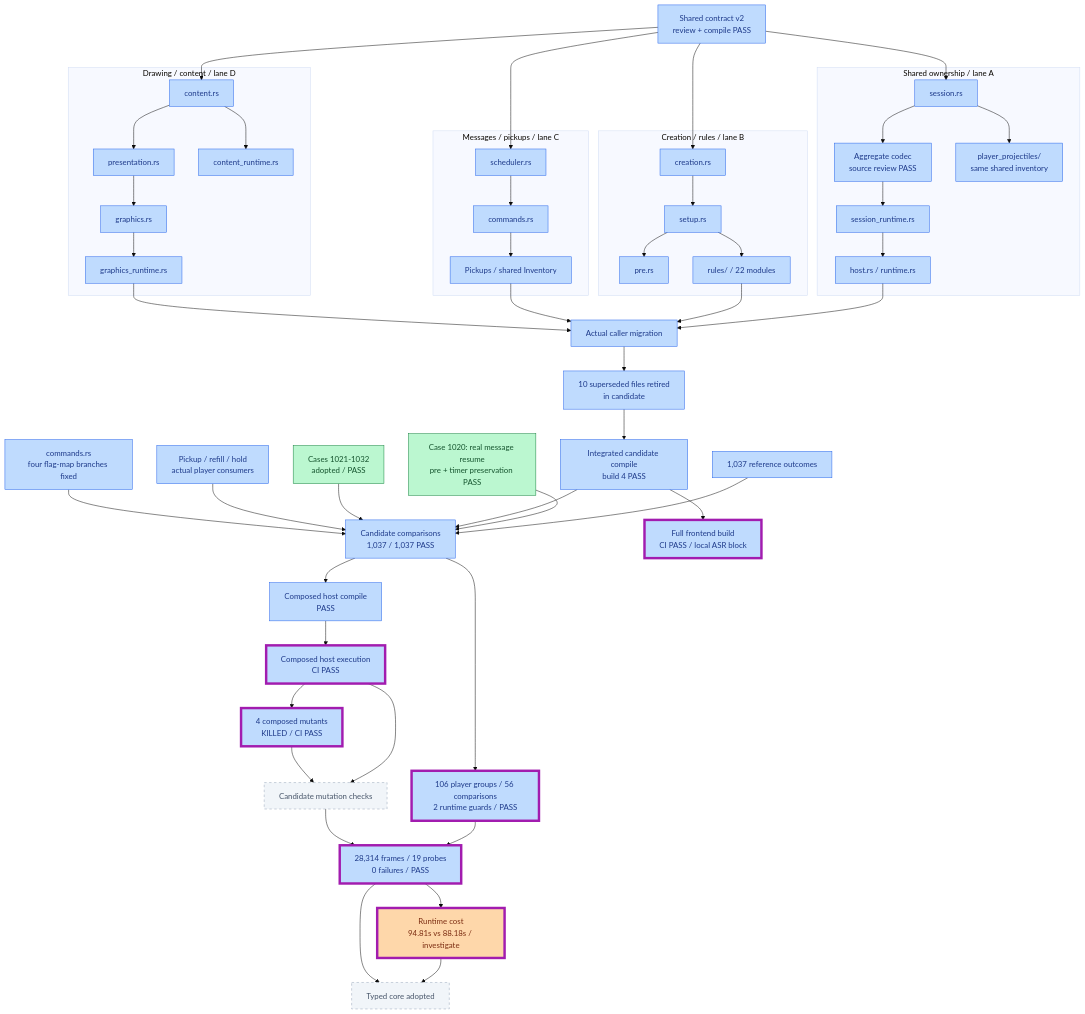
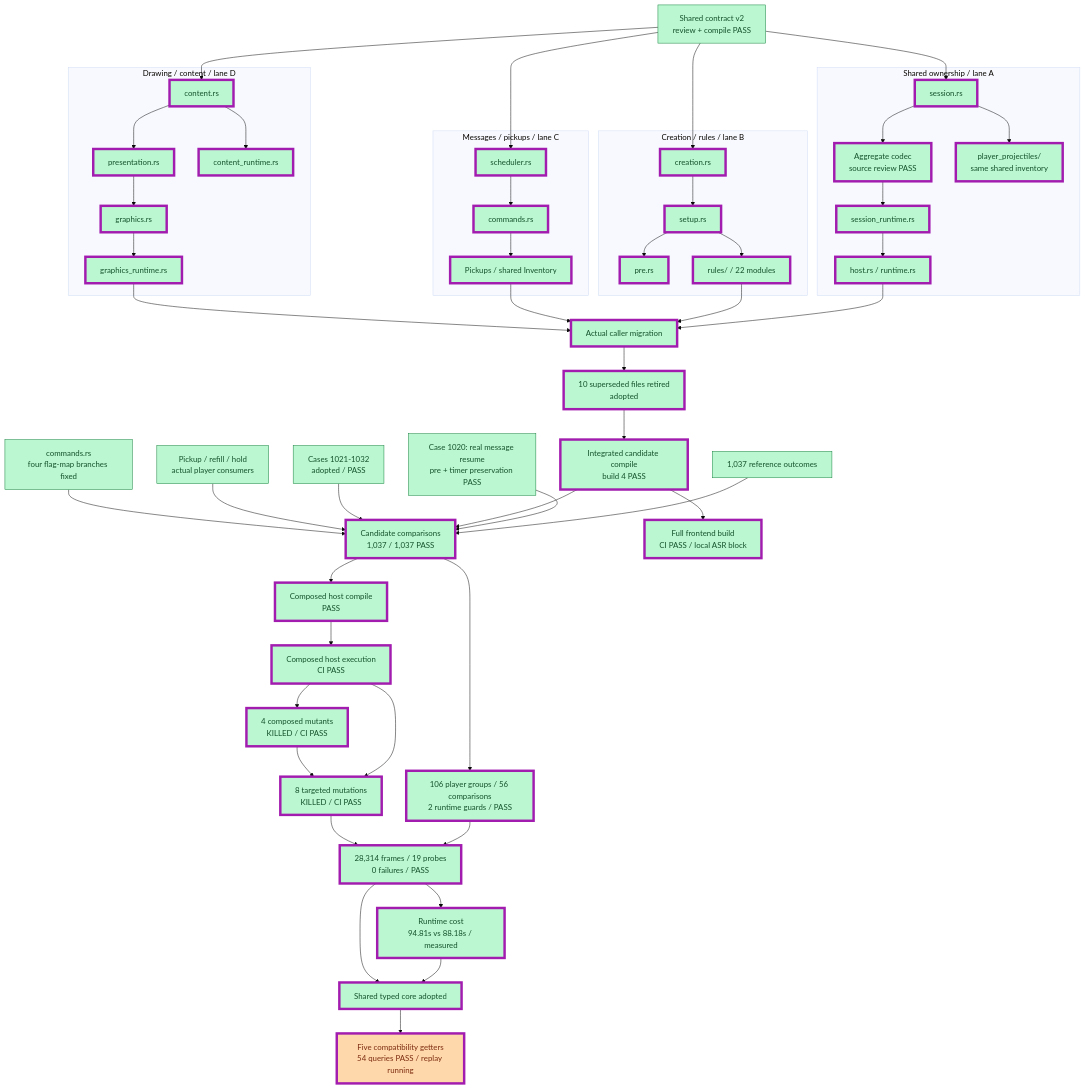
The first of 9 diagrams in PROGRESS.md (JimLundin/sm-decomp), drawn with Mermaid (base theme) before and after one commit. The commit also changed other lines of this file and 88 other files, not shown here.

Commit message:
Adopt shared room and player Session; 1037 comparisons and eight mutations pass

````diff
--- a/PROGRESS.md
+++ b/PROGRESS.md
@@ -12,60 +12,61 @@
 ```mermaid
 flowchart TB
-    CONTRACT["Shared contract v2<br/>review + compile PASS"]:::checked
+    CONTRACT["Shared contract v2<br/>review + compile PASS"]:::done
     subgraph shared["Shared ownership / lane A"]
-        S["session.rs"]:::checked --> CODEC["Aggregate codec<br/>source review PASS"]:::checked
-        S --> PLAYER["player_projectiles/<br/>same shared inventory"]:::checked
-        CODEC --> RT["session_runtime.rs"]:::checked
-        RT --> HOST["host.rs / runtime.rs"]:::checked
+        S["session.rs"]:::done --> CODEC["Aggregate codec<br/>source review PASS"]:::done
+        S --> PLAYER["player_projectiles/<br/>same shared inventory"]:::done
+        CODEC --> RT["session_runtime.rs"]:::done
+        RT --> HOST["host.rs / runtime.rs"]:::done
     end
     subgraph creation["Creation / rules / lane B"]
-        CREATE["creation.rs"]:::checked --> SETUP["setup.rs"]:::checked
-        SETUP --> PRE["pre.rs"]:::checked
-        SETUP --> RULES["rules/ / 22 modules"]:::checked
+        CREATE["creation.rs"]:::done --> SETUP["setup.rs"]:::done
+        SETUP --> PRE["pre.rs"]:::done
+        SETUP --> RULES["rules/ / 22 modules"]:::done
     end
     subgraph execution["Messages / pickups / lane C"]
-        SCHED["scheduler.rs"]:::checked --> CMD["commands.rs"]:::checked
-        CMD --> PICKUP["Pickups / shared Inventory"]:::checked
+        SCHED["scheduler.rs"]:::done --> CMD["commands.rs"]:::done
+        CMD --> PICKUP["Pickups / shared Inventory"]:::done
     end
     subgraph drawing["Drawing / content / lane D"]
-        DRAW["presentation.rs"]:::checked --> GRAPHICS["graphics.rs"]:::checked
-        CONTENT["content.rs"]:::checked --> DRAW
-        CONTENT --> CR["content_runtime.rs"]:::checked
-        GRAPHICS --> GR["graphics_runtime.rs"]:::checked
+        DRAW["presentation.rs"]:::done --> GRAPHICS["graphics.rs"]:::done
+        CONTENT["content.rs"]:::done --> DRAW
+        CONTENT --> CR["content_runtime.rs"]:::done
+        GRAPHICS --> GR["graphics_runtime.rs"]:::done
     end
     CONTRACT --> S
     CONTRACT --> CREATE
     CONTRACT --> SCHED
     CONTRACT --> CONTENT
-    HOST --> CALLERS["Actual caller migration"]:::checked
+    HOST --> CALLERS["Actual caller migration"]:::done
     RULES --> CALLERS
     PICKUP --> CALLERS
     GR --> CALLERS
-    CALLERS --> DELETE["10 superseded files retired<br/>in candidate"]:::checked
-    BASE["1,037 reference outcomes"]:::checked --> COMPARE["Candidate comparisons<br/>1,037 / 1,037 PASS"]:::checked
+    CALLERS --> DELETE["10 superseded files retired<br/>adopted"]:::done
+    BASE["1,037 reference outcomes"]:::done --> COMPARE["Candidate comparisons<br/>1,037 / 1,037 PASS"]:::done
     RESUME["Case 1020: real message resume<br/>pre + timer preservation PASS"]:::done --> COMPARE
-    DELETE --> BUILD["Integrated candidate compile<br/>build 4 PASS"]:::checked
+    DELETE --> BUILD["Integrated candidate compile<br/>build 4 PASS"]:::done
     BUILD --> COMPARE
     GAP["Cases 1021-1032<br/>adopted / PASS"]:::done --> COMPARE
-    SHAREDTEST["Pickup / refill / hold<br/>actual player consumers"]:::checked --> COMPARE
-    FLAGS["commands.rs<br/>four flag-map branches fixed"]:::checked --> COMPARE
-    COMPARE --> REG["106 player groups / 56 comparisons<br/>2 runtime guards / PASS"]:::checked
-    COMPARE --> HC["Composed host compile<br/>PASS"]:::checked
-    HC --> HE["Composed host execution<br/>CI PASS"]:::checked
-    HE --> MUT["Candidate mutation checks"]:::pending
-    HE --> CM["4 composed mutants<br/>KILLED / CI PASS"]:::checked
+    SHAREDTEST["Pickup / refill / hold<br/>actual player consumers"]:::done --> COMPARE
+    FLAGS["commands.rs<br/>four flag-map branches fixed"]:::done --> COMPARE
+    COMPARE --> REG["106 player groups / 56 comparisons<br/>2 runtime guards / PASS"]:::done
+    COMPARE --> HC["Composed host compile<br/>PASS"]:::done
+    HC --> HE["Composed host execution<br/>CI PASS"]:::done
+    HE --> MUT["8 targeted mutations<br/>KILLED / CI PASS"]:::done
+    HE --> CM["4 composed mutants<br/>KILLED / CI PASS"]:::done
     CM --> MUT
-    BUILD --> FRONT["Full frontend build<br/>CI PASS / local ASR block"]:::checked
-    REG --> MOVIE["28,314 frames / 19 probes<br/>0 failures / PASS"]:::checked
+    BUILD --> FRONT["Full frontend build<br/>CI PASS / local ASR block"]:::done
+    REG --> MOVIE["28,314 frames / 19 probes<br/>0 failures / PASS"]:::done
     MUT --> MOVIE
-    MOVIE --> PERF["Runtime cost<br/>94.81s vs 88.18s / investigate"]:::active
+    MOVIE --> PERF["Runtime cost<br/>94.81s vs 88.18s / measured"]:::done
     PERF --> ADOPT
-    MOVIE --> ADOPT["Typed core adopted"]:::pending
-    class REG,HE,MOVIE,PERF,CM,FRONT changed
+    MOVIE --> ADOPT["Shared typed core adopted"]:::done
+    ADOPT --> GET["Five compatibility getters<br/>54 queries PASS / replay running"]:::active
+    class S,CODEC,PLAYER,RT,HOST,CREATE,SETUP,PRE,RULES,SCHED,CMD,PICKUP,DRAW,GRAPHICS,CONTENT,CR,GR,CALLERS,DELETE,BUILD,COMPARE,REG,HC,HE,MUT,CM,FRONT,MOVIE,PERF,ADOPT,GET changed
     classDef done fill:#bbf7d0,stroke:#15803d,color:#14532d
     classDef checked fill:#bfdbfe,stroke:#2563eb,color:#1e3a8a
     classDef active fill:#fed7aa,stroke:#ea580c,color:#7c2d12
     classDef pending fill:#f1f5f9,stroke:#94a3b8,color:#475569,stroke-dasharray:5 5
     classDef failed fill:#fecaca,stroke:#dc2626,color:#7f1d1d
     classDef changed stroke:#a21caf,stroke-width:5px
 ```
````
